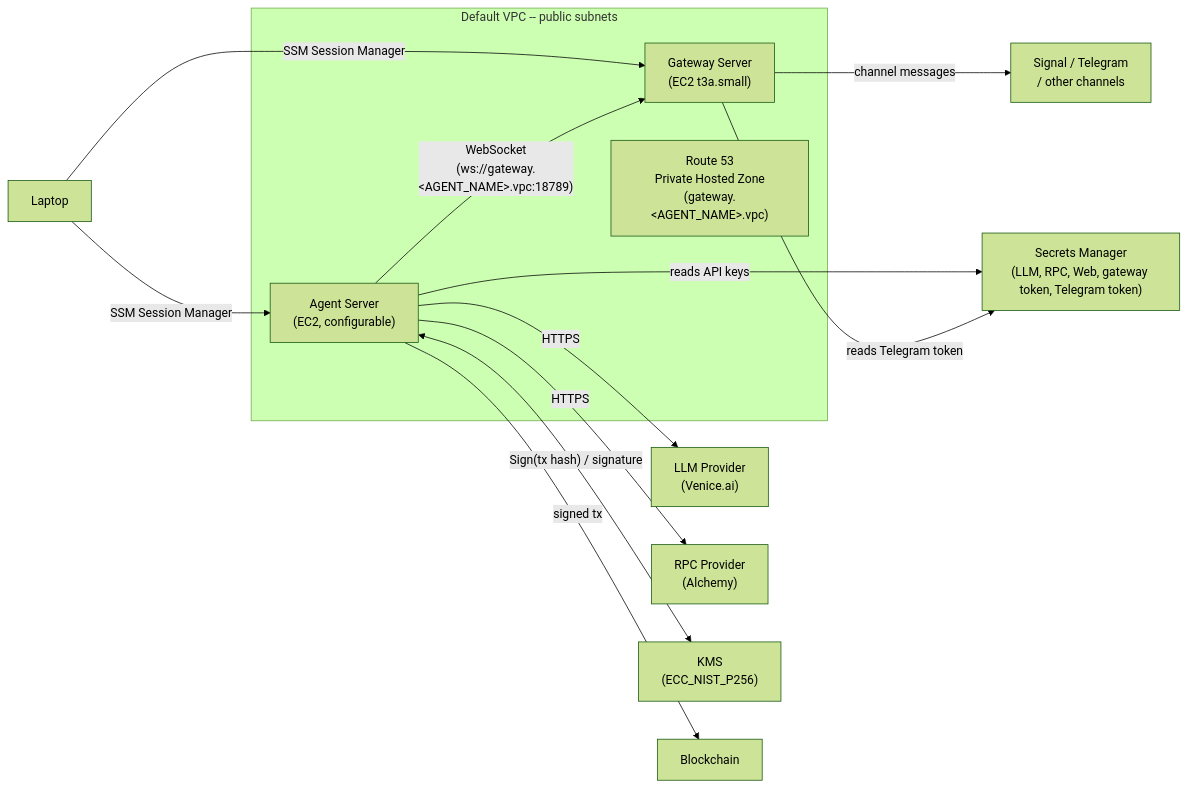
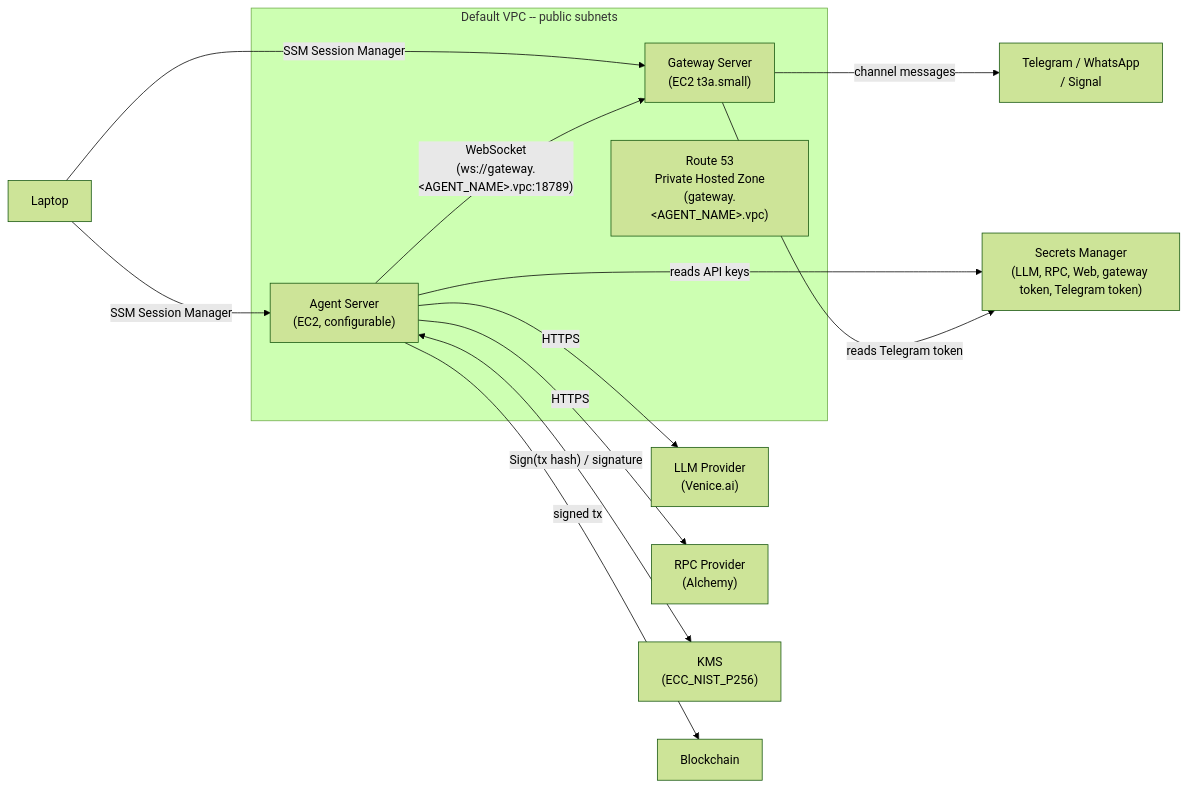
Before and after one commit to barretodavid/openclaw-aws: the diagram in README.md, drawn with Mermaid (forest theme). The commit also changed other lines of this file and 3 other files, not shown here.

````diff
--- a/README.md
+++ b/README.md
@@ -7,18 +7,18 @@
 ```mermaid
 graph LR
     Laptop -->|"SSM Session Manager"| AgentEC2
     Laptop -->|"SSM Session Manager"| GatewayEC2
     subgraph VPC ["Default VPC -- public subnets"]
         DNS["Route 53<br/>Private Hosted Zone<br/>(gateway.&lt;AGENT_NAME&gt;.vpc)"]
         AgentEC2["Agent Server<br/>(EC2, configurable)"]
         GatewayEC2["Gateway Server<br/>(EC2 t3a.small)"]
         AgentEC2 -->|"WebSocket<br/>(ws://gateway.&lt;AGENT_NAME&gt;.vpc:18789)"| GatewayEC2
     end
-    GatewayEC2 -->|"channel messages"| Channels["Signal / Telegram<br/>/ other channels"]
+    GatewayEC2 -->|"channel messages"| Channels["Telegram / WhatsApp<br/>/ Signal"]
     AgentEC2 -->|"reads API keys"| SM["Secrets Manager<br/>(LLM, RPC, Web, gateway token, Telegram token)"]
     GatewayEC2 -->|"reads Telegram token"| SM
     AgentEC2 -->|"HTTPS"| LLM["LLM Provider<br/>(Venice.ai)"]
     AgentEC2 -->|"HTTPS"| RPC["RPC Provider<br/>(Alchemy)"]
     AgentEC2 <-->|"Sign(tx hash) / signature"| KMS["KMS<br/>(ECC_NIST_P256)"]
     AgentEC2 -->|"signed tx"| Blockchain
 ```
````
